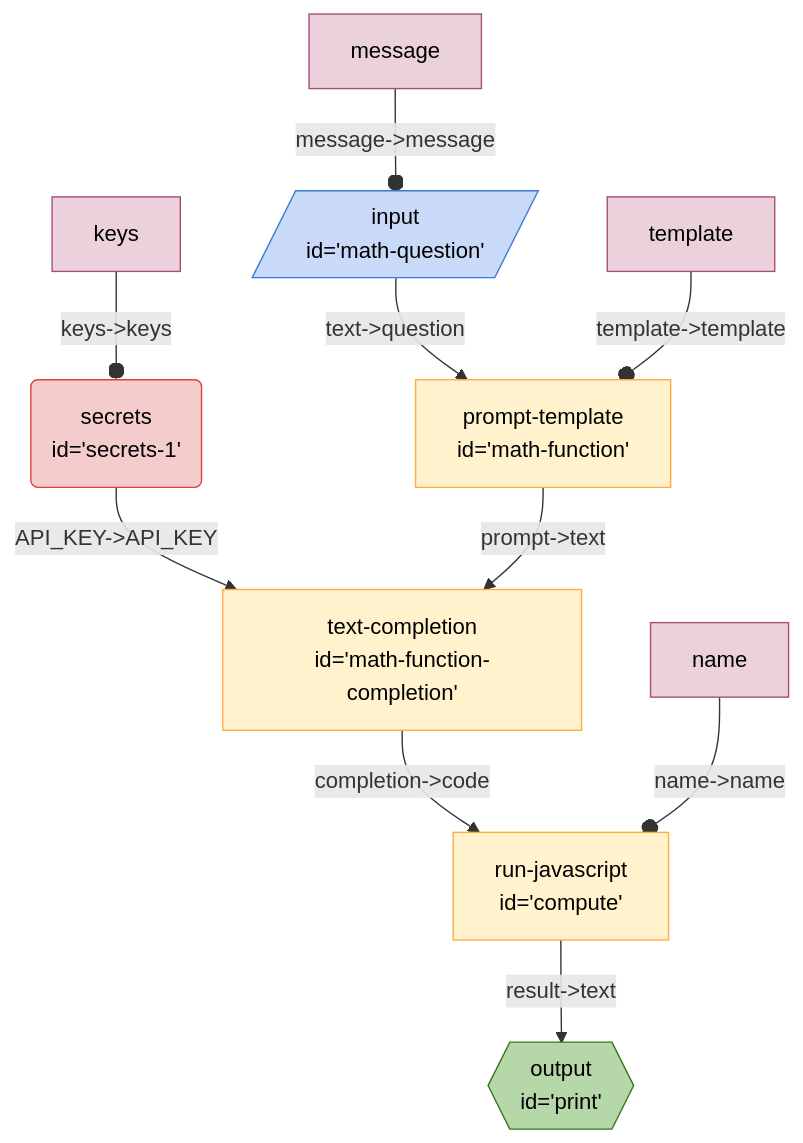
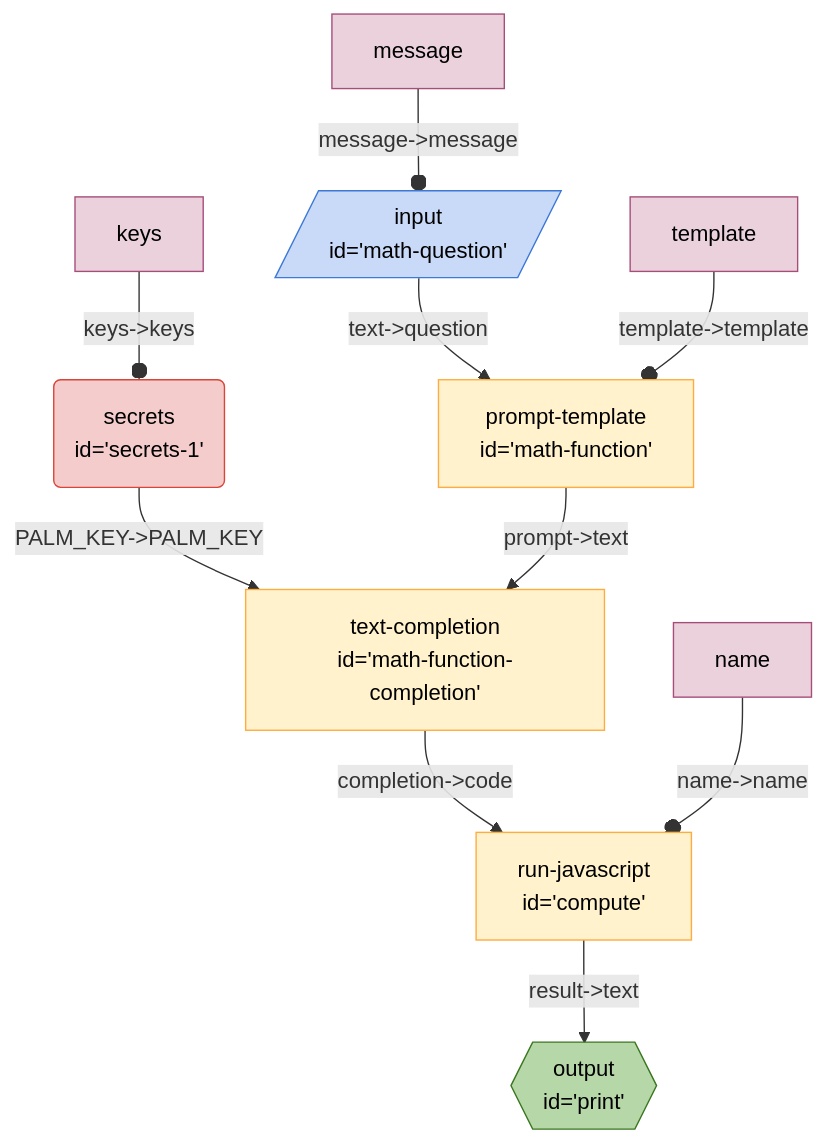
One commit to breadboard-ai/breadboard changed the diagram in seeds/graph-playground/docs/graphs/math.md. Above: the diagram before and after it, drawn with Mermaid. The commit also changed 72 other files, not shown here.

Commit message:
Rename API_KEY to PALM_KEY. Fixes #72.

````diff
--- a/seeds/graph-playground/docs/graphs/math.md
+++ b/seeds/graph-playground/docs/graphs/math.md
@@ -5,31 +5,31 @@
   ```mermaid
   %%{init: 'themeVariables': { 'fontFamily': 'Fira Code, monospace' }}%%
 graph TD;
 compute["run-javascript
 id='compute'"] -- "result->text" --> print{{"output
 id='print'"}}:::output
 mathfunctioncompletion["text-completion
 id='math-function-completion'"] -- "completion->code" --> compute["run-javascript
 id='compute'"]
 secrets1("secrets
-id='secrets-1'"):::secrets -- "API_KEY->API_KEY" --> mathfunctioncompletion["text-completion
+id='secrets-1'"):::secrets -- "PALM_KEY->PALM_KEY" --> mathfunctioncompletion["text-completion
 id='math-function-completion'"]
 mathfunction["prompt-template
 id='math-function'"] -- "prompt->text" --> mathfunctioncompletion["text-completion
 id='math-function-completion'"]
 mathquestion[/"input
 id='math-question'"/]:::input -- "text->question" --> mathfunction["prompt-template
 id='math-function'"]
 messagemathquestion[message]:::config -- "message->message" --o mathquestion
 templatemathfunction[template]:::config -- "template->template" --o mathfunction
 namecompute[name]:::config -- "name->name" --o compute
 keyssecrets1[keys]:::config -- "keys->keys" --o secrets1
 classDef default stroke:#ffab40,fill:#fff2ccff,color:#000
 classDef input stroke:#3c78d8,fill:#c9daf8ff,color:#000
 classDef output stroke:#38761d,fill:#b6d7a8ff,color:#000
 classDef passthrough stroke:#a64d79,fill:#ead1dcff,color:#000
 classDef slot stroke:#a64d79,fill:#ead1dcff,color:#000
 classDef config stroke:#a64d79,fill:#ead1dcff,color:#000
 classDef secrets stroke:#db4437,fill:#f4cccc,color:#000
 classDef slotted stroke:#a64d79
   ```
````
